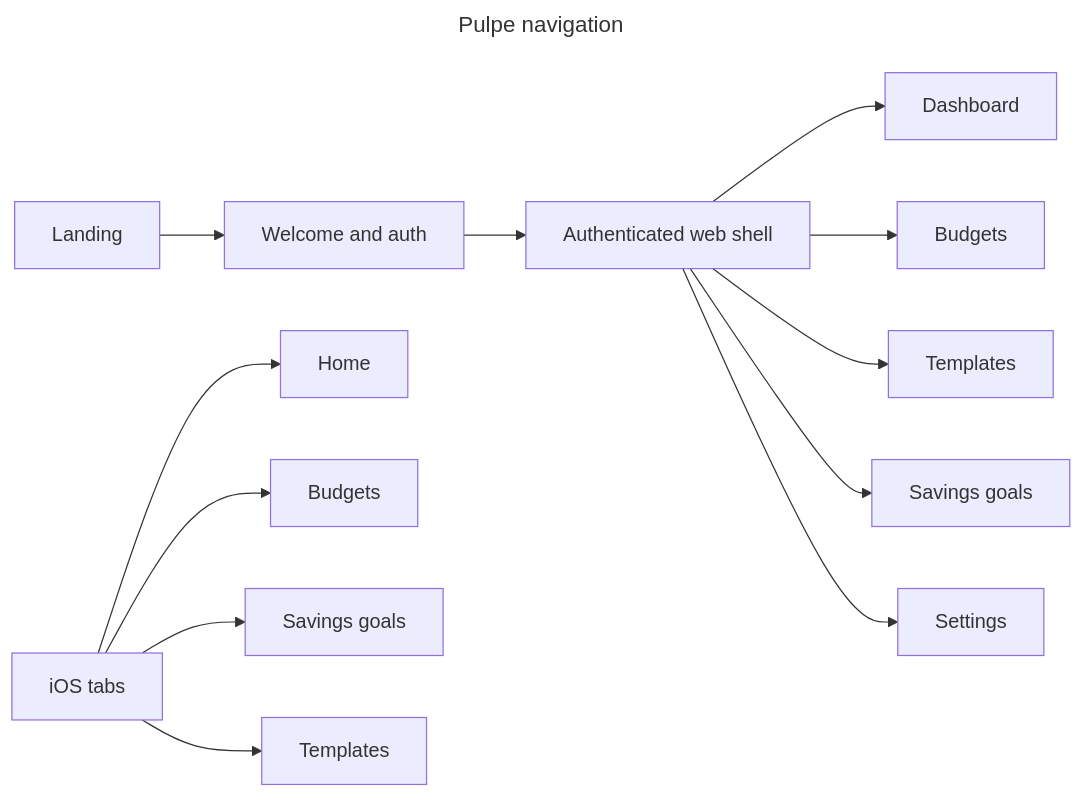
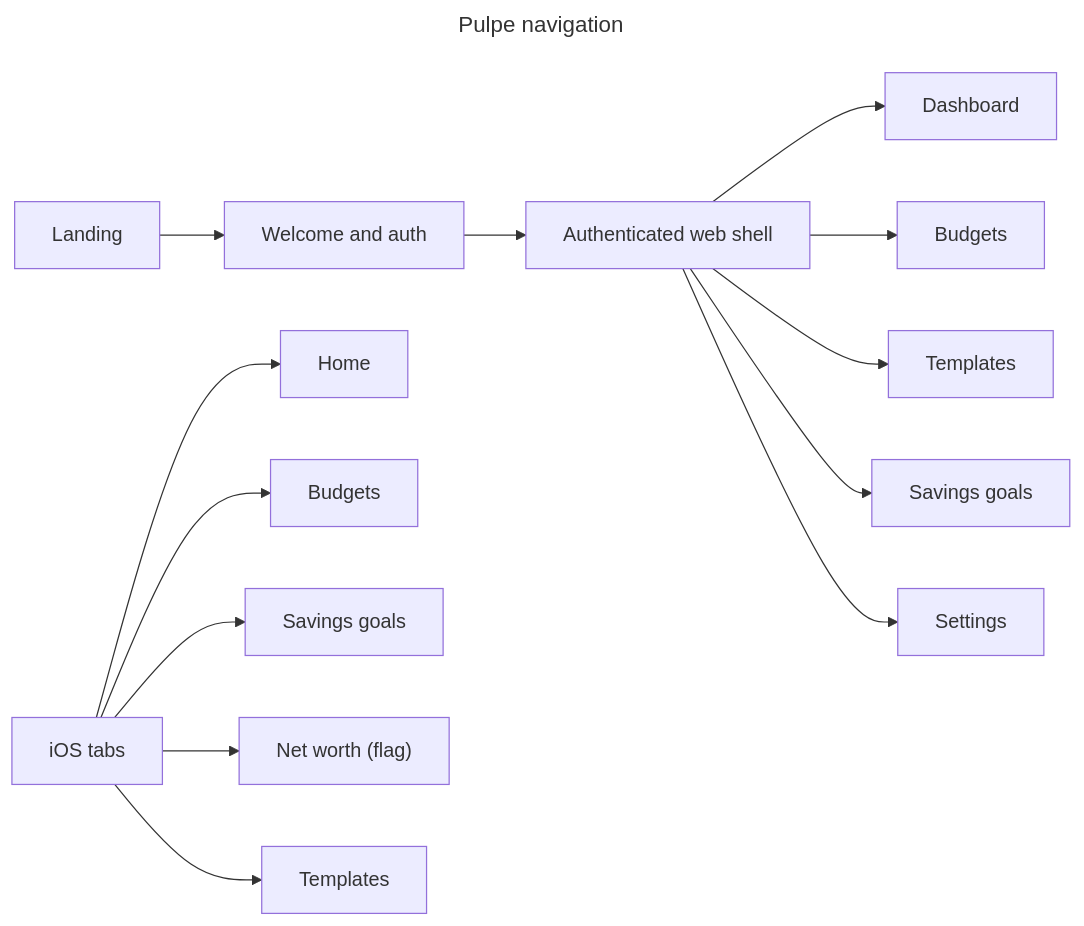
One commit to neogenz/pulpe changed the diagram in aidd_docs/memory/navigation.md. Above: the diagram before and after it, drawn with Mermaid. The commit also changed other lines of this file and 6 other files, not shown here.

First line of the commit message:
fix(ios): keep the Patrimoine tab selection valid when the flag is off at sign-in

````diff
--- a/aidd_docs/memory/navigation.md
+++ b/aidd_docs/memory/navigation.md
@@ -8,8 +8,8 @@
 ```mermaid
 ---
 title: Pulpe navigation
 ---
 flowchart LR
-    Landing["Landing"]; Public["Welcome and auth"]; Guarded["Authenticated web shell"]; Dashboard["Dashboard"]; Budgets["Budgets"]; Templates["Templates"]; Goals["Savings goals"]; Settings["Settings"]; Tabs["iOS tabs"]; Home["Home"]; IosBudgets["Budgets"]; IosGoals["Savings goals"]; IosTemplates["Templates"]
-    Landing --> Public; Public --> Guarded; Guarded --> Dashboard; Guarded --> Budgets; Guarded --> Templates; Guarded --> Goals; Guarded --> Settings; Tabs --> Home; Tabs --> IosBudgets; Tabs --> IosGoals; Tabs --> IosTemplates
+    Landing["Landing"]; Public["Welcome and auth"]; Guarded["Authenticated web shell"]; Dashboard["Dashboard"]; Budgets["Budgets"]; Templates["Templates"]; Goals["Savings goals"]; Settings["Settings"]; Tabs["iOS tabs"]; Home["Home"]; IosBudgets["Budgets"]; IosGoals["Savings goals"]; IosNetWorth["Net worth (flag)"]; IosTemplates["Templates"]
+    Landing --> Public; Public --> Guarded; Guarded --> Dashboard; Guarded --> Budgets; Guarded --> Templates; Guarded --> Goals; Guarded --> Settings; Tabs --> Home; Tabs --> IosBudgets; Tabs --> IosGoals; Tabs --> IosNetWorth; Tabs --> IosTemplates
 ```
````
